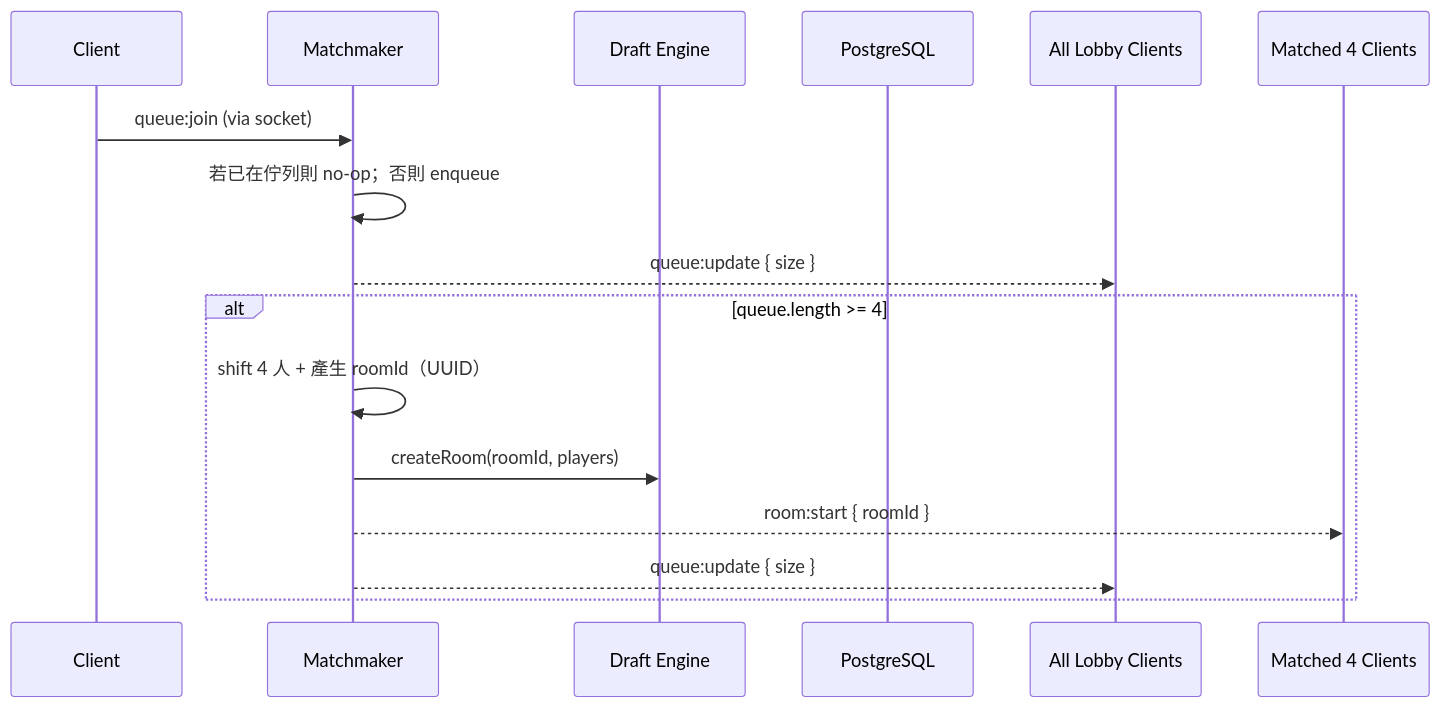
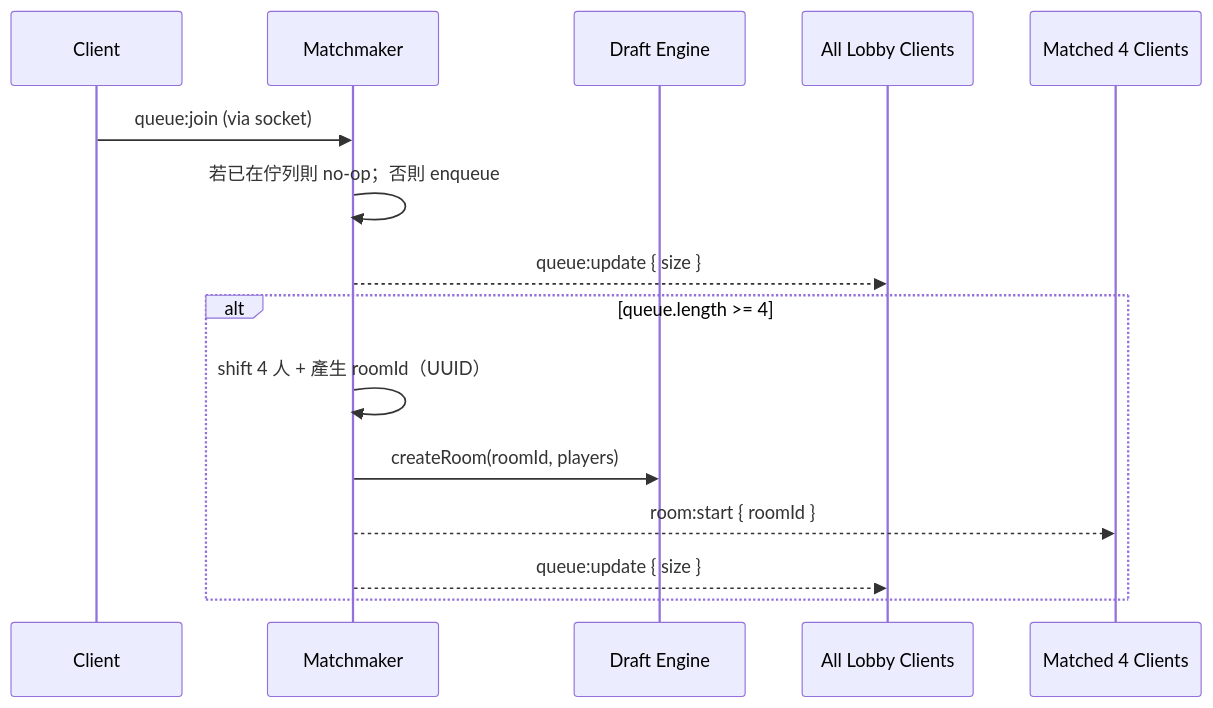
One commit to zhijiehuang111/game-draft-system changed the first of 4 diagrams in docs/detailed-design.md. Above: the diagram before and after it, drawn with Mermaid. The commit also changed other lines of this file, not shown here.

````diff
--- a/docs/detailed-design.md
+++ b/docs/detailed-design.md
@@ -195,20 +177,19 @@
 ```mermaid
 sequenceDiagram
   participant C as Client
   participant MM as Matchmaker
   participant DE as Draft Engine
-  participant DB as PostgreSQL
   participant Lobby as All Lobby Clients
   participant Room as Matched 4 Clients
 
   C->>MM: queue:join (via socket)
   MM->>MM: 若已在佇列則 no-op；否則 enqueue
   MM-->>Lobby: queue:update { size }
 
   alt queue.length >= 4
     MM->>MM: shift 4 人 + 產生 roomId（UUID）
     MM->>DE: createRoom(roomId, players)
     MM-->>Room: room:start { roomId }
     MM-->>Lobby: queue:update { size }
   end
 ```
````
